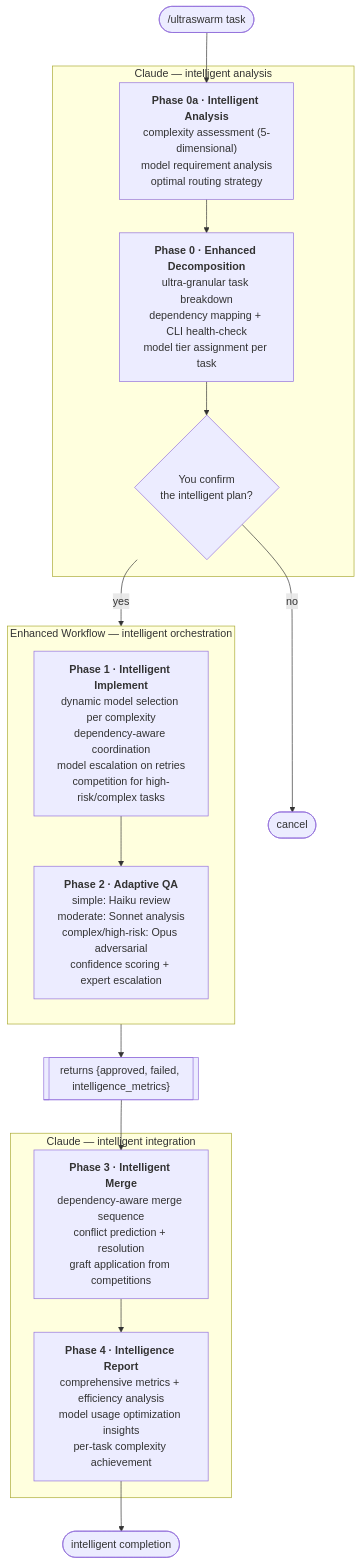
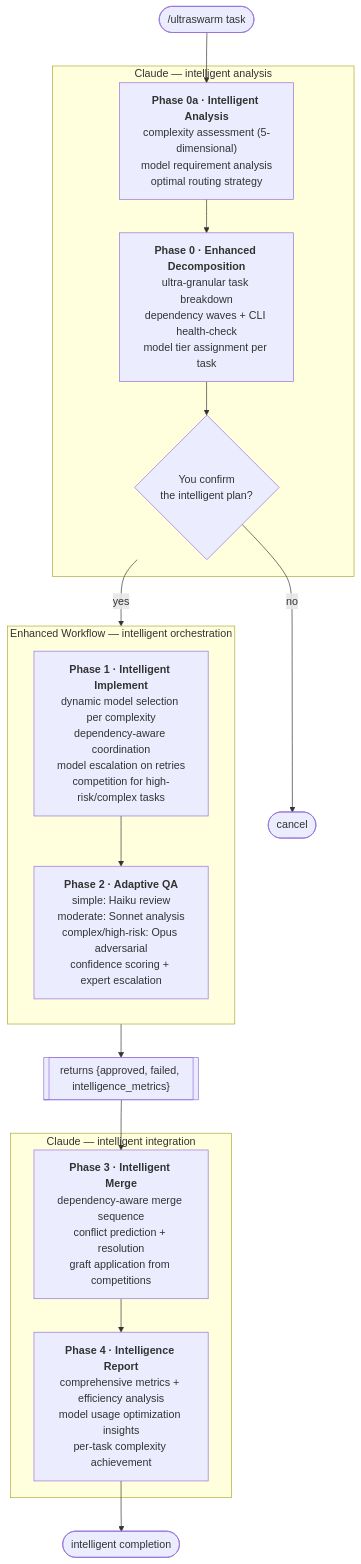
The first of 2 diagrams in README.md (fubak/ultraswarm), drawn with Mermaid before and after one commit. The commit also changed other lines of this file and 1 other file, not shown here.

````diff
--- a/README.md
+++ b/README.md
@@ -36,30 +36,30 @@
 ```mermaid
 flowchart TD
     U([/ultraswarm task]) --> P0A
 
     subgraph claude0 [" Claude — intelligent analysis "]
         P0A["<b>Phase 0a · Intelligent Analysis</b><br/>complexity assessment (5-dimensional)<br/>model requirement analysis<br/>optimal routing strategy"]
-        P0["<b>Phase 0 · Enhanced Decomposition</b><br/>ultra-granular task breakdown<br/>dependency mapping + CLI health-check<br/>model tier assignment per task"]
+        P0["<b>Phase 0 · Enhanced Decomposition</b><br/>ultra-granular task breakdown<br/>dependency waves + CLI health-check<br/>model tier assignment per task"]
         CONF{"You confirm<br/>the intelligent plan?"}
     end
     P0A --> P0
     P0 --> CONF
     CONF -- no --> STOP([cancel])
 
     subgraph wf [" Enhanced Workflow — intelligent orchestration "]
         direction TB
         P1["<b>Phase 1 · Intelligent Implement</b><br/>dynamic model selection per complexity<br/>dependency-aware coordination<br/>model escalation on retries<br/>competition for high-risk/complex tasks"]
         P2["<b>Phase 2 · Adaptive QA</b><br/>simple: Haiku review<br/>moderate: Sonnet analysis<br/>complex/high-risk: Opus adversarial<br/>confidence scoring + expert escalation"]
         P1 --> P2
     end
     CONF -- yes --> P1
     P2 --> RET[["returns {approved, failed, intelligence_metrics}"]]
 
     subgraph claude1 [" Claude — intelligent integration "]
         P3["<b>Phase 3 · Intelligent Merge</b><br/>dependency-aware merge sequence<br/>conflict prediction + resolution<br/>graft application from competitions"]
         P4["<b>Phase 4 · Intelligence Report</b><br/>comprehensive metrics + efficiency analysis<br/>model usage optimization insights<br/>per-task complexity achievement"]
         P3 --> P4
     end
     RET --> P3
     P4 --> DONE([intelligent completion])
 ```
````
